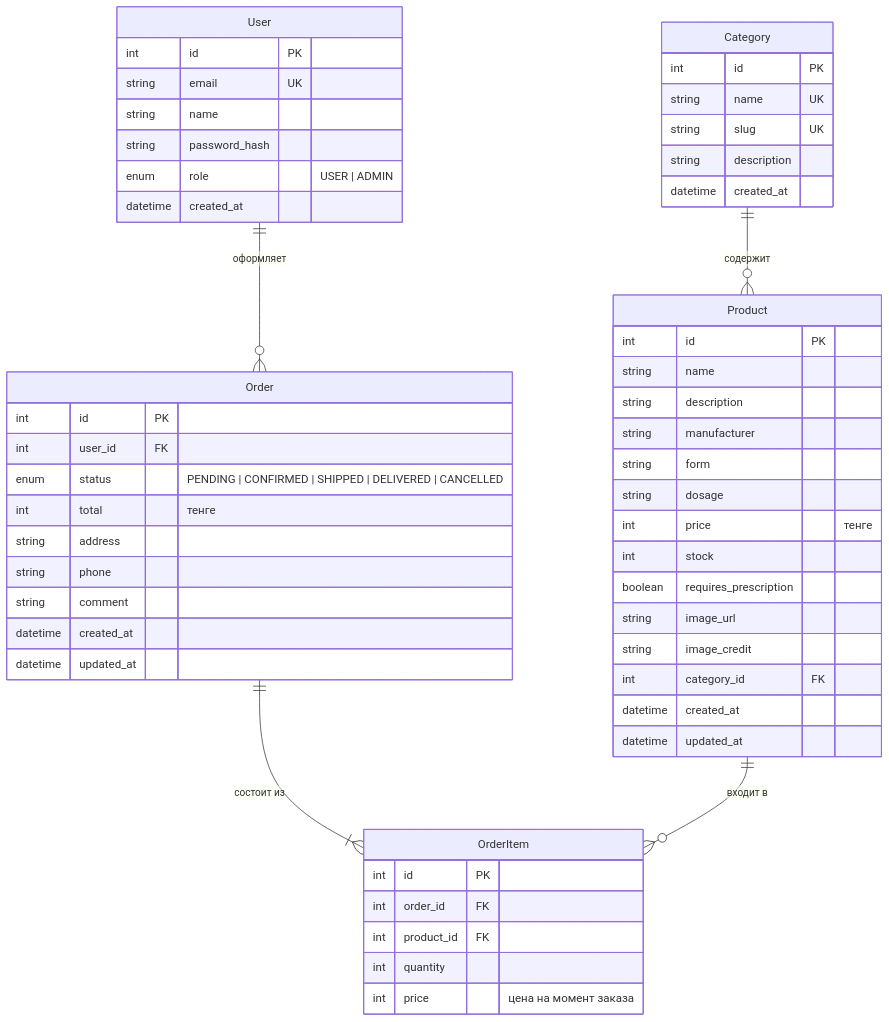
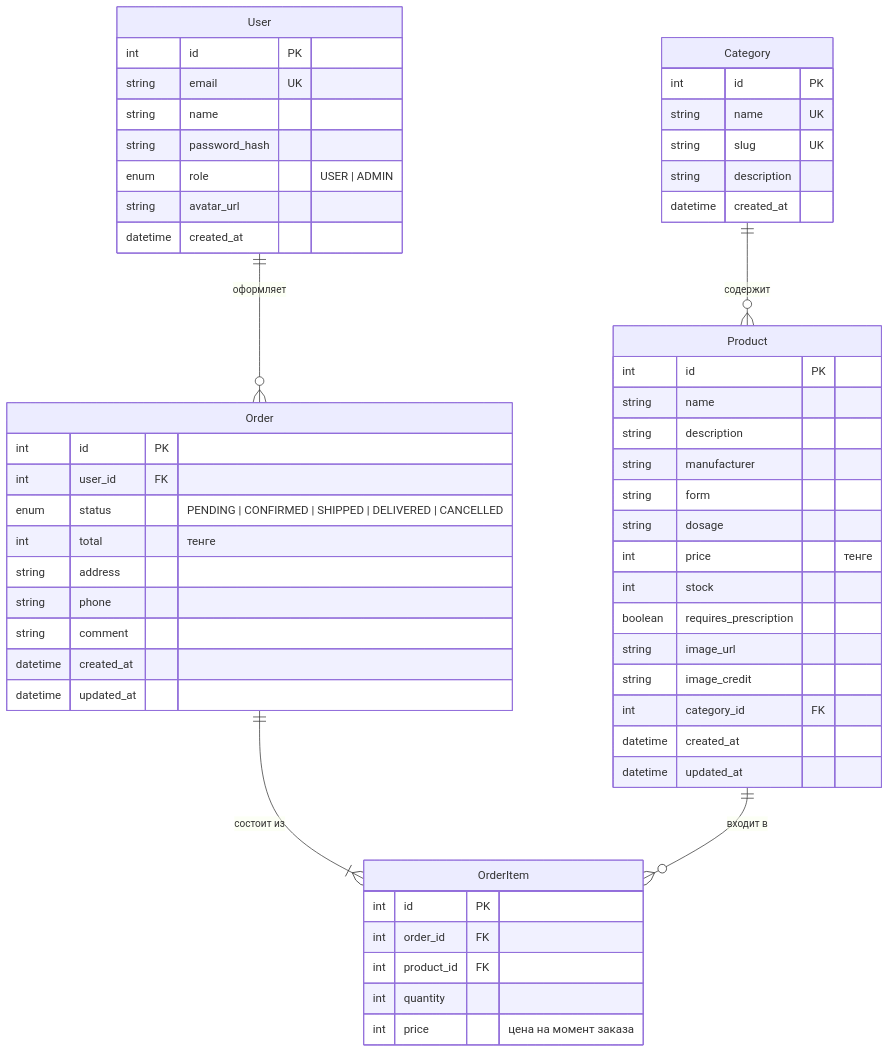
One commit to xxlvn/pharmacy changed the diagram in README.md. Above: the diagram before and after it, drawn with Mermaid. The commit also changed other lines of this file and 13 other files, not shown here.

````diff
--- a/README.md
+++ b/README.md
@@ -79,57 +79,58 @@
 ```mermaid
 erDiagram
     User ||--o{ Order : "оформляет"
     Category ||--o{ Product : "содержит"
     Order ||--|{ OrderItem : "состоит из"
     Product ||--o{ OrderItem : "входит в"
 
     User {
         int id PK
         string email UK
         string name
         string password_hash
         enum role "USER | ADMIN"
+        string avatar_url
         datetime created_at
     }
     Category {
         int id PK
         string name UK
         string slug UK
         string description
         datetime created_at
     }
     Product {
         int id PK
         string name
         string description
         string manufacturer
         string form
         string dosage
         int price "тенге"
         int stock
         boolean requires_prescription
         string image_url
         string image_credit
         int category_id FK
         datetime created_at
         datetime updated_at
     }
     Order {
         int id PK
         int user_id FK
         enum status "PENDING | CONFIRMED | SHIPPED | DELIVERED | CANCELLED"
         int total "тенге"
         string address
         string phone
         string comment
         datetime created_at
         datetime updated_at
     }
     OrderItem {
         int id PK
         int order_id FK
         int product_id FK
         int quantity
         int price "цена на момент заказа"
     }
 ```
````
